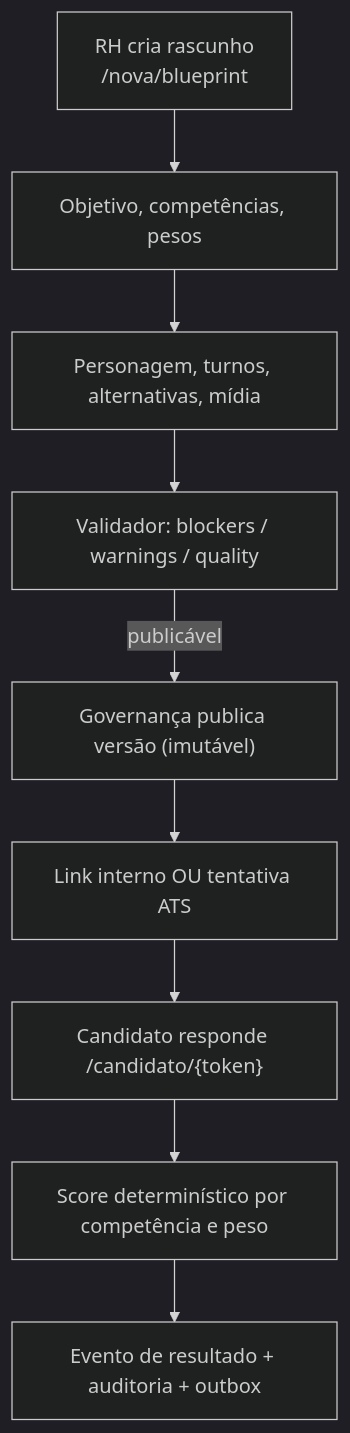
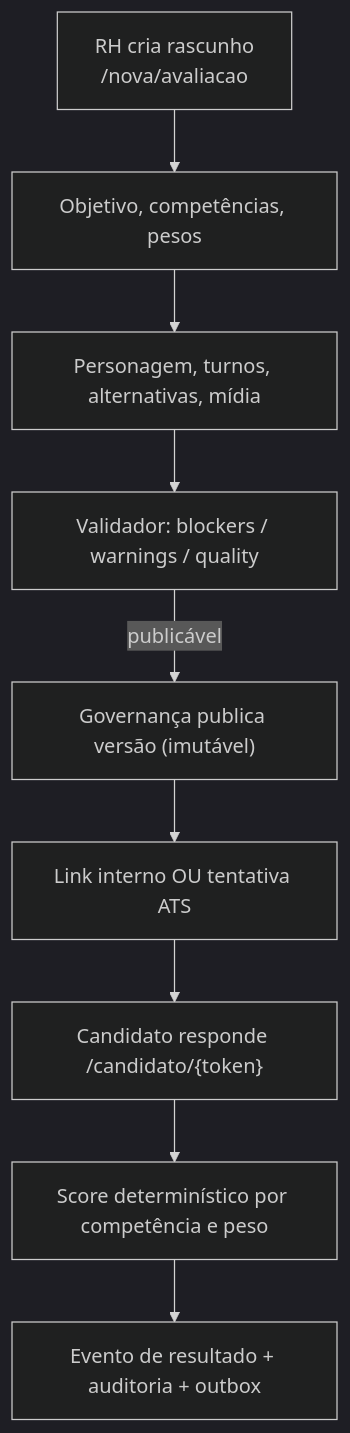
Before and after one commit to diogo2806/praxis: the third of 4 diagrams in docs/OPERACAO.md, drawn with Mermaid (dark theme). The commit also changed 5 other files, not shown here.

````diff
--- a/docs/OPERACAO.md
+++ b/docs/OPERACAO.md
@@ -135,11 +135,11 @@
 ```mermaid
 flowchart TD
-  A["RH cria rascunho<br/>/nova/blueprint"] --> B["Objetivo, competências, pesos"]
+  A["RH cria rascunho<br/>/nova/avaliacao"] --> B["Objetivo, competências, pesos"]
   B --> C["Personagem, turnos, alternativas, mídia"]
   C --> D["Validador: blockers / warnings / quality"]
   D -->|publicável| E["Governança publica versão (imutável)"]
   E --> F["Link interno OU tentativa ATS"]
   F --> G["Candidato responde /candidato/{token}"]
   G --> H["Score determinístico por competência e peso"]
   H --> I["Evento de resultado + auditoria + outbox"]
 ```
````
